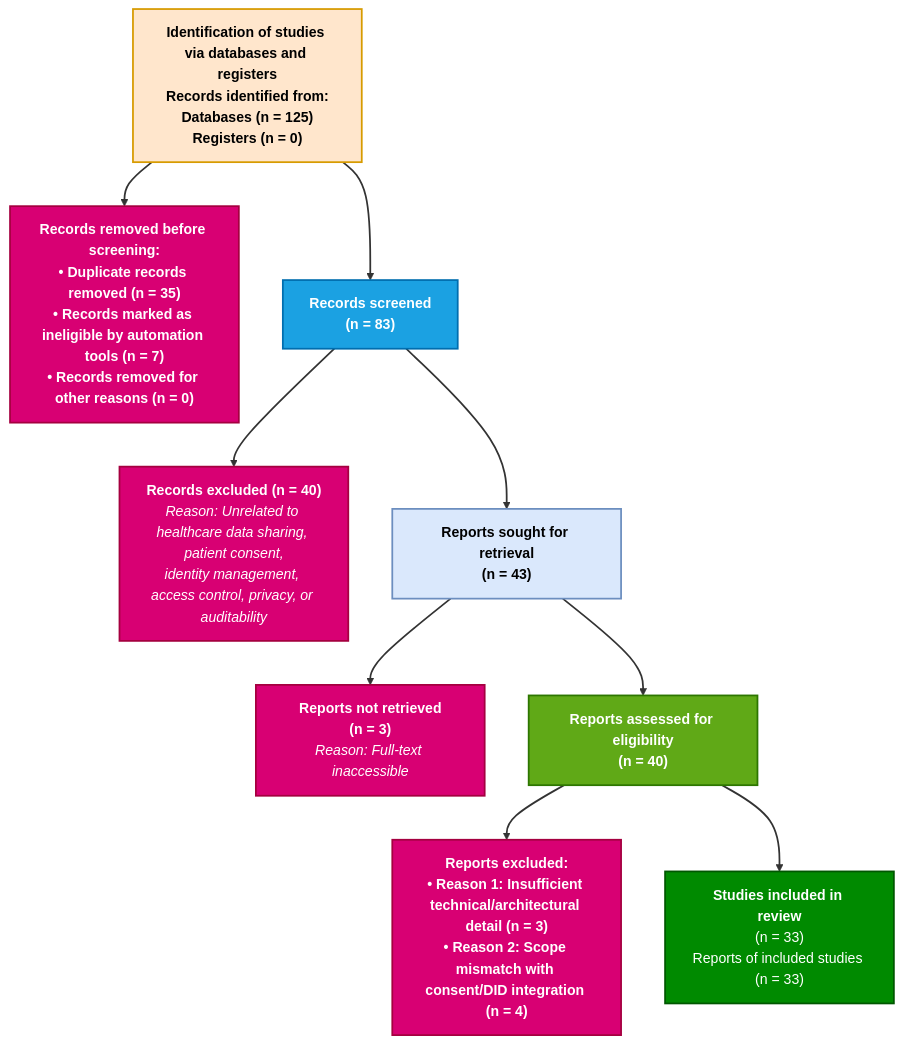
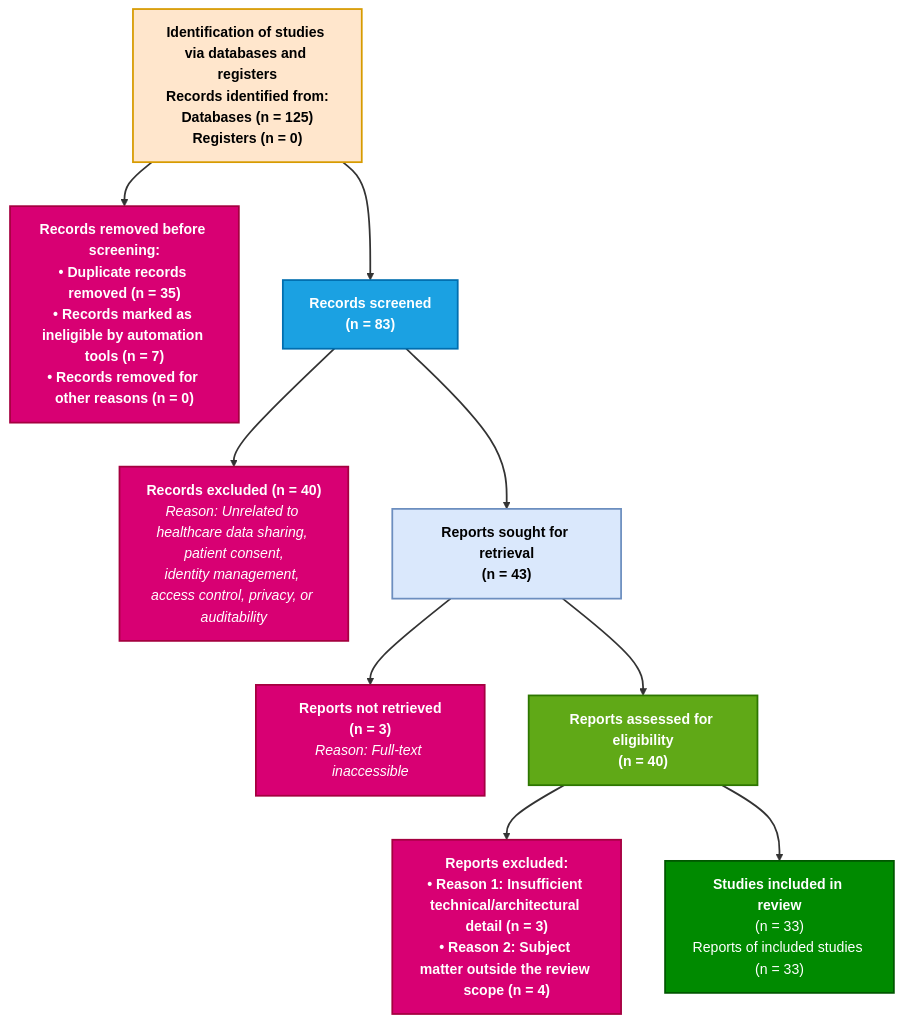
One commit to yasir12345678900/HealthRWA-Sepolia-Personal-try changed the diagram in review/word/figures_colour/fig02.mmd. Above: the diagram before and after it, drawn with Mermaid. The commit also changed 25 other files, not shown here.

```diff
--- a/review/word/figures_colour/fig02.mmd
+++ b/review/word/figures_colour/fig02.mmd
@@ -1,24 +1,24 @@
 %%{init: {"flowchart": {"curve": "basis"}}}%%
 flowchart TD
 A["<b>Identification of studies via databases and registers<br/>Records identified from:<br/>Databases (n = 125)<br/>Registers (n = 0)</b>"]
 A --> B["<b>Records removed before screening:<br/>• Duplicate records removed (n = 35)<br/>• Records marked as ineligible by automation tools (n = 7)<br/>• Records removed for other reasons (n = 0)</b>"]
 A --> C["<b>Records screened<br/>(n = 83)</b>"]
 C --> D["<b>Records excluded (n = 40)</b><br/><i>Reason: Unrelated to healthcare data sharing, patient consent,<br/>identity management, access control, privacy, or auditability</i>"]
 C --> E["<b>Reports sought for retrieval<br/>(n = 43)</b>"]
 E --> F["<b>Reports not retrieved<br/>(n = 3)</b><br/><i>Reason: Full-text inaccessible</i>"]
 E --> G["<b>Reports assessed for eligibility<br/>(n = 40)</b>"]
-G --> H["<b>Reports excluded:<br/>• Reason 1: Insufficient technical/architectural detail (n = 3)<br/>• Reason 2: Scope mismatch with consent/DID integration (n = 4)</b>"]
+G --> H["<b>Reports excluded:<br/>• Reason 1: Insufficient technical/architectural detail (n = 3)<br/>• Reason 2: Subject matter outside the review scope (n = 4)</b>"]
 G --> I["<b>Studies included in review</b><br/>(n = 33)<br/>Reports of included studies (n = 33)"]
 classDef id fill:#FFE6CC,stroke:#D79B00,stroke-width:2px,color:#000
 classDef ex fill:#D80073,stroke:#A50040,stroke-width:2px,color:#fff
 classDef sc fill:#1BA1E2,stroke:#006EAF,stroke-width:2px,color:#fff
 classDef so fill:#DAE8FC,stroke:#6C8EBF,stroke-width:2px,color:#000
 classDef as fill:#60A917,stroke:#2D7600,stroke-width:2px,color:#fff
 classDef inc fill:#008A00,stroke:#005700,stroke-width:2px,color:#fff
 class A id
 class B,D,F,H ex
 class C sc
 class E so
 class G as
 class I inc
 linkStyle default stroke:#333333,stroke-width:2px
```
